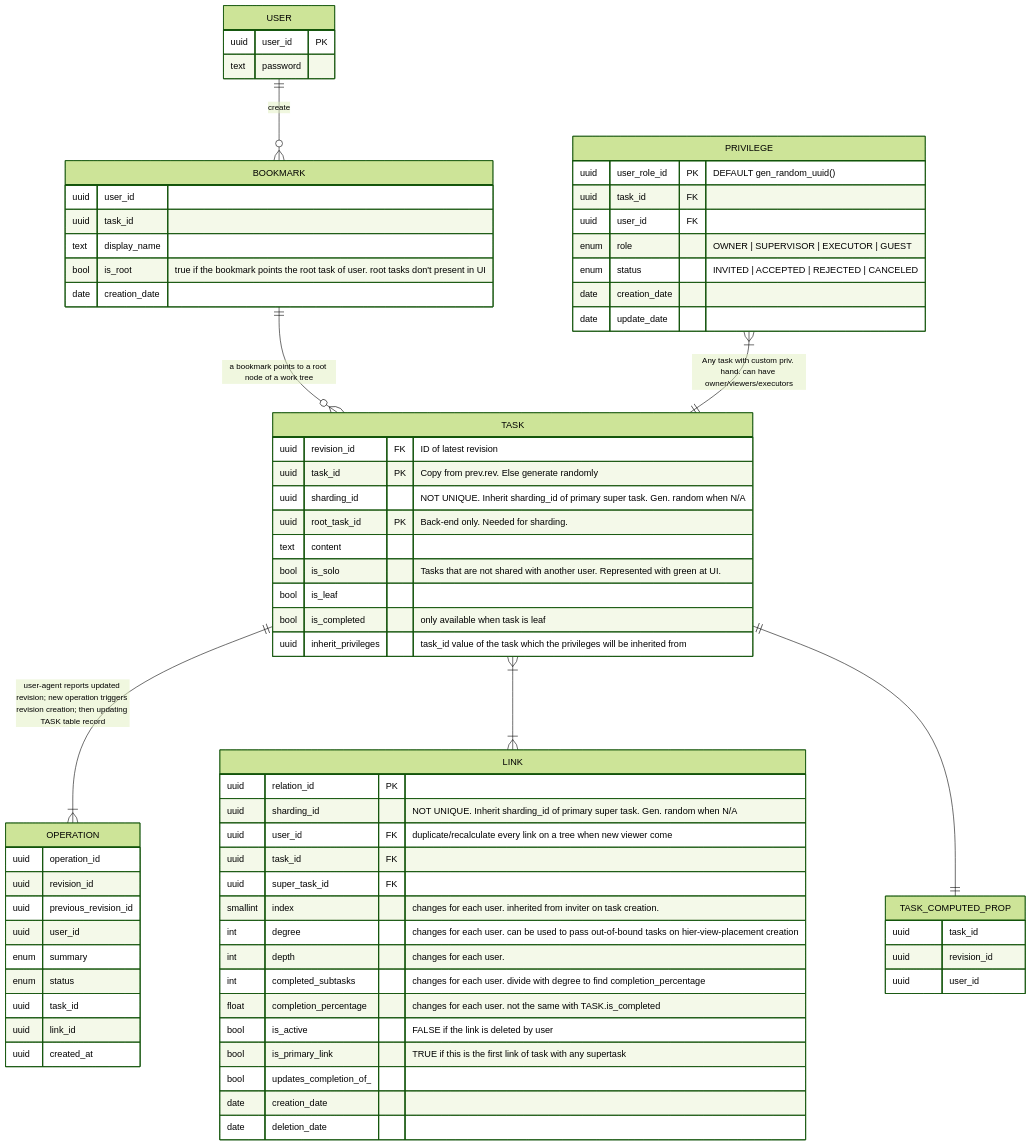
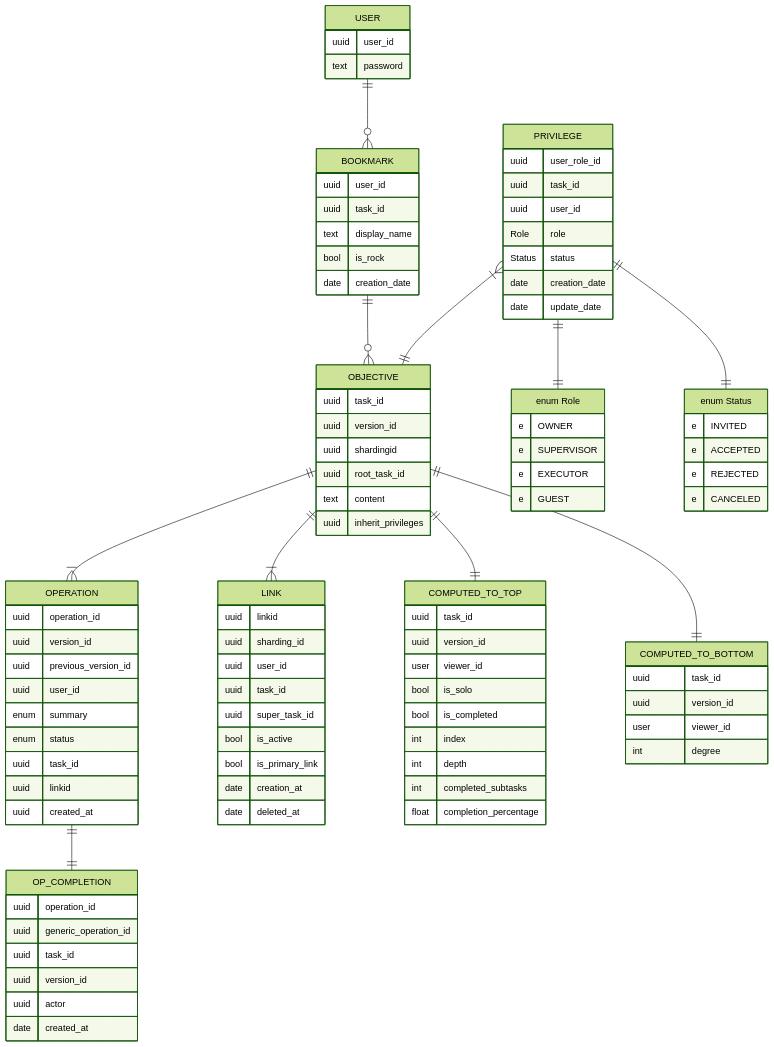
Before and after one commit to ufukty/logbook: the diagram in docs/database/simplified.mmd, drawn with Mermaid (forest theme). The commit also changed 1 other file, not shown here.

Commit message:
docs/database updating simplified.mmd to incorporate versioning logic

```diff
--- a/docs/database/simplified.mmd
+++ b/docs/database/simplified.mmd
@@ -1,93 +1,145 @@
 erDiagram
 
     USER {
-        uuid user_id PK
+        uuid user_id
         text password
     }
+
+    USER ||--o{ BOOKMARK : ""
 
     BOOKMARK {
         uuid user_id
         uuid task_id
         text display_name
-        bool is_root "true if the bookmark points the root task of user. root tasks don't present in UI"
+        %% rocks are hidden in the UI
+        bool is_rock 
         date creation_date
     }
 
+    %% a bookmark points to a root node of a work tree
+    BOOKMARK ||--o{ OBJECTIVE : ""
+
     OPERATION {
         uuid operation_id
-        uuid revision_id 
-        uuid previous_revision_id
+        uuid version_id
+        uuid previous_version_id
 
         uuid user_id
-        enum summary 
-        enum status 
+        enum summary
+        enum status
 
         uuid task_id
-        uuid link_id
+        uuid linkid
 
         uuid created_at
     }
 
+    OP_COMPLETION {
+        uuid operation_id
+        uuid generic_operation_id
+        uuid task_id 
+        uuid version_id
+        uuid actor
+        date created_at
+    }
+
+    OPERATION ||--|| OP_COMPLETION : ""
+
+    ROLE["enum Role"] {
+        e OWNER
+        e SUPERVISOR
+        e EXECUTOR
+        e GUEST
+    }
+
+    STATUS["enum Status"] {
+        e INVITED
+        e ACCEPTED
+        e REJECTED
+        e CANCELED
+    }
+
     PRIVILEGE {
-        uuid user_role_id PK "DEFAULT gen_random_uuid()"
-        uuid task_id FK
-        uuid user_id FK
-        enum role "OWNER | SUPERVISOR | EXECUTOR | GUEST"
-        enum status "INVITED | ACCEPTED | REJECTED | CANCELED"
+        uuid user_role_id 
+        uuid task_id
+        uuid user_id
+        Role role
+        Status status 
         date creation_date
         date update_date
     }
 
-    TASK {
-        uuid revision_id FK "ID of latest revision"
-        uuid task_id PK "Copy from prev.rev. Else generate randomly"
-        uuid sharding_id "NOT UNIQUE. Inherit sharding_id of primary super task. Gen. random when N/A"
+    PRIVILEGE ||--|| ROLE : ""
+    PRIVILEGE ||--|| STATUS : ""
 
-        uuid root_task_id PK "Back-end only. Needed for sharding."
+    OBJECTIVE {
+        uuid task_id 
+        uuid version_id
+
+        %% "Inherit super obj, randomize else"
+        uuid shardingid 
+        %% "Needed for sharding."
+        uuid root_task_id 
 
         text content
-        bool is_solo "Tasks that are not shared with another user. Represented with green at UI."
-        bool is_leaf
-        bool is_completed "only available when task is leaf"
 
-        uuid inherit_privileges "task_id value of the task which the privileges will be inherited from"
+        %% "id of inherited task"
+        uuid inherit_privileges 
     }
 
+    %% recalculate every link on a tree when new viewer come" ?
     LINK {
-        uuid relation_id PK
-        uuid sharding_id "NOT UNIQUE. Inherit sharding_id of primary super task. Gen. random when N/A"
+        uuid linkid
+        %% "Inherit super obj, randomize otherwise"
+        uuid sharding_id 
 
-        uuid user_id FK "duplicate/recalculate every link on a tree when new viewer come"
-        uuid task_id FK
-        uuid super_task_id FK
+        uuid user_id 
+        uuid task_id
+        uuid super_task_id
 
-        smallint index "changes for each user. inherited from inviter on task creation."
-        int degree "changes for each user. can be used to pass out-of-bound tasks on hier-view-placement creation"
-        int depth "changes for each user."
+        %% "FALSE if the link is deleted by user"
+        bool is_active 
+        %% "TRUE if this is the first link of task with any supertask"
+        bool is_primary_link 
 
-        int completed_subtasks "changes for each user. divide with degree to find completion_percentage"
-        float completion_percentage "changes for each user. not the same with TASK.is_completed"
-
-        bool is_active "FALSE if the link is deleted by user"
-        bool is_primary_link "TRUE if this is the first link of task with any supertask"
-        bool updates_completion_of_
-
-        date creation_date
-        date deletion_date
+        date creation_at
+        date deleted_at
     }
 
-    TASK_COMPUTED_PROP {
+    %% Any task with custom privilege hand. can have owner/viewers/executors
+    PRIVILEGE }|--|| OBJECTIVE : ""
+
+    OBJECTIVE ||--|{ OPERATION : ""
+    OBJECTIVE ||--|{ LINK: ""
+
+
+    COMPUTED_TO_TOP {
         uuid task_id
-        uuid revision_id
-        uuid user_id
+        uuid version_id
+        user viewer_id
+
+        bool is_solo
+        %% bool is_leaf
+        %% "for leaf"
+        bool is_completed 
+
+        %% "inherited from inviter on task creation."
+        int index 
+        int depth
+        %% "changes for each user. divide with degree to find completion_percentage"
+        int completed_subtasks 
+        %% "changes for each user. not the same with OBJECTIVE.is_completed"
+        float completion_percentage 
+
     }
 
-    USER ||--o{ BOOKMARK : create
-    BOOKMARK ||--o{ TASK: "a bookmark points to a root node of a work tree"
+    COMPUTED_TO_BOTTOM {
+        uuid task_id
+        uuid version_id
+        user viewer_id
 
-    PRIVILEGE }|--|| TASK : "Any task with custom priv. hand. can have owner/viewers/executors"
-    TASK ||--|{ OPERATION : "user-agent reports updated revision; new operation triggers revision creation; then updating TASK table record"
-    TASK }|--|{ LINK: ""
+        int degree
+    }
 
-
-    TASK ||--|| TASK_COMPUTED_PROP: ""
+    OBJECTIVE ||--|| COMPUTED_TO_BOTTOM: ""
+    OBJECTIVE ||--|| COMPUTED_TO_TOP: ""
```
